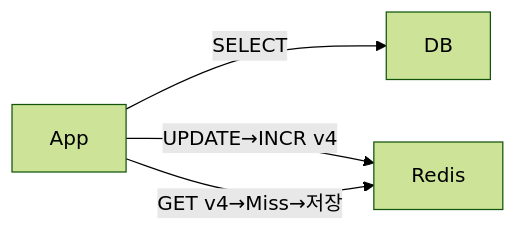
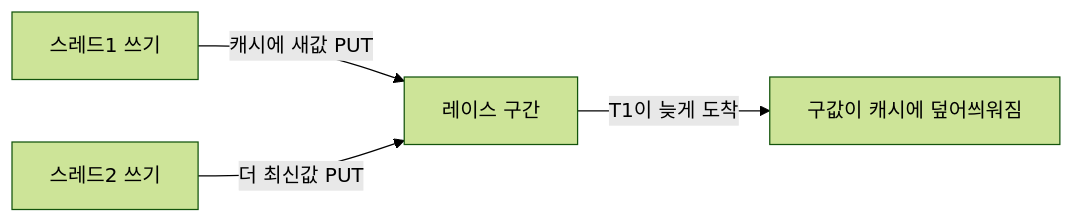
The third of 7 diagrams in _posts/caching/2026-05-03-cache-invalidation.md (yjkim2015/yjkim2015.github.io), drawn with Mermaid (forest theme) before and after one commit. The commit also changed other lines of this file and 4 other files, not shown here.

````diff
--- a/_posts/caching/2026-05-03-cache-invalidation.md
+++ b/_posts/caching/2026-05-03-cache-invalidation.md
@@ -175,9 +296,6 @@
 ```mermaid
 graph LR
-    App["App"]
-    DB["DB"]
-    R["Redis"]
-    App -->|"SELECT"| DB
-    App -->|"UPDATE→INCR v4"| R
-    App -->|"GET v4→Miss→저장"| R
+    T1["스레드1 쓰기"] -->|"캐시에 새값 PUT"| Race["레이스 구간"]
+    T2["스레드2 쓰기"] -->|"더 최신값 PUT"| Race
+    Race -->|"T1이 늦게 도착"| Wrong["구값이 캐시에 덮어씌워짐"]
 ```
````
